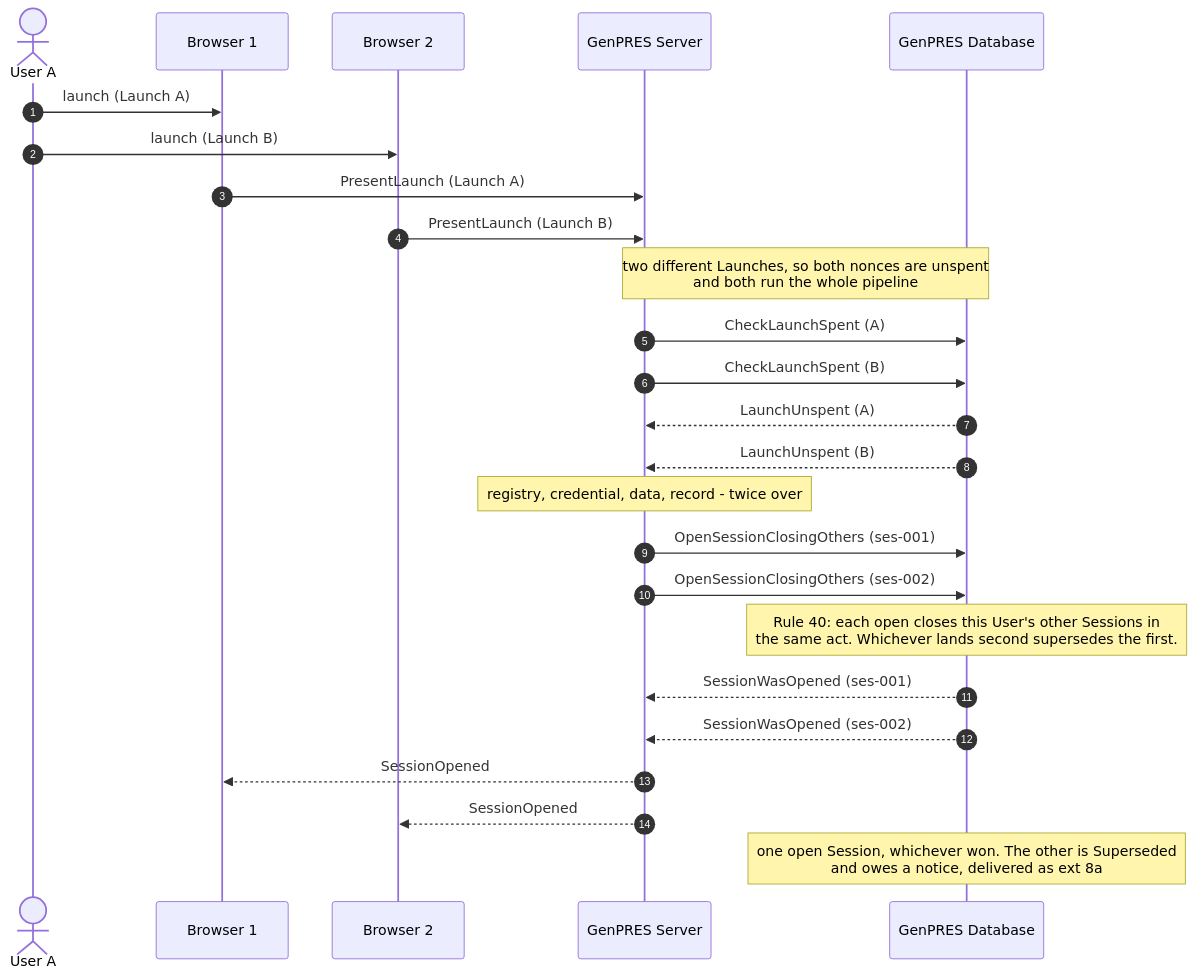
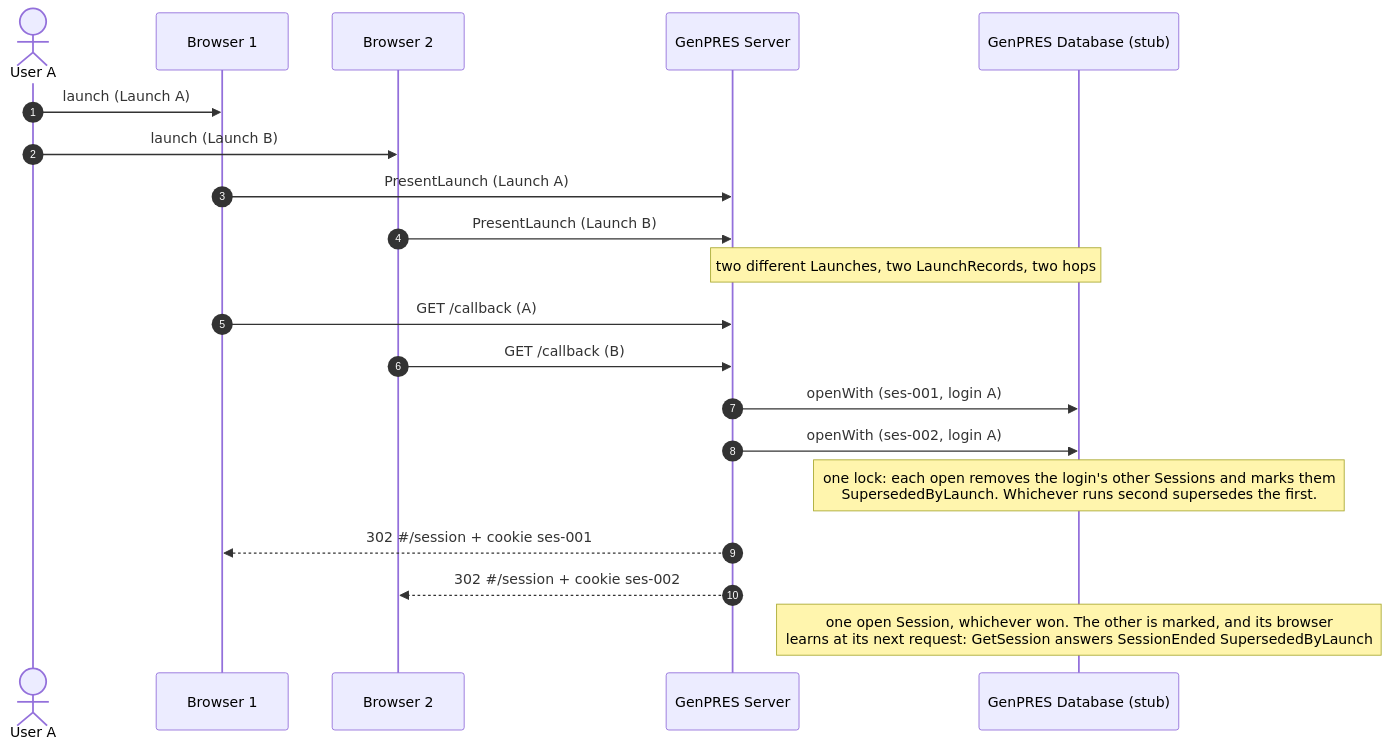
One commit to informedica/GenPRES changed the fourth of 4 diagrams in docs/scenarios/integration/uc-01-launch.md. Above: the diagram before and after it, drawn with Mermaid. The commit also changed other lines of this file and 13 other files, not shown here.

````diff
--- a/docs/scenarios/integration/uc-01-launch.md
+++ b/docs/scenarios/integration/uc-01-launch.md
@@ -223,35 +190,29 @@
 ```mermaid
 sequenceDiagram
     autonumber
     actor U as User A
     participant C1 as Browser 1
     participant C2 as Browser 2
     participant S as GenPRES Server
-    participant D as GenPRES Database
+    participant D as GenPRES Database (stub)
 
     U->>C1: launch (Launch A)
     U->>C2: launch (Launch B)
     C1->>S: PresentLaunch (Launch A)
     C2->>S: PresentLaunch (Launch B)
 
-    Note over S,D: two different Launches, so both nonces are unspent<br/>and both run the whole pipeline
+    Note over S,D: two different Launches, two LaunchRecords, two hops
 
-    S->>D: CheckLaunchSpent (A)
-    S->>D: CheckLaunchSpent (B)
-    D-->>S: LaunchUnspent (A)
-    D-->>S: LaunchUnspent (B)
+    C1->>S: GET /callback (A)
+    C2->>S: GET /callback (B)
 
-    Note over S: registry, credential, data, record - twice over
+    S->>D: openWith (ses-001, login A)
+    S->>D: openWith (ses-002, login A)
 
-    S->>D: OpenSessionClosingOthers (ses-001)
-    S->>D: OpenSessionClosingOthers (ses-002)
+    Note over D: one lock: each open removes the login's other Sessions and marks them<br/>SupersededByLaunch. Whichever runs second supersedes the first.
 
-    Note over D: Rule 40: each open closes this User's other Sessions in<br/>the same act. Whichever lands second supersedes the first.
+    S-->>C1: 302 #35;/session + cookie ses-001
+    S-->>C2: 302 #35;/session + cookie ses-002
 
-    D-->>S: SessionWasOpened (ses-001)
-    D-->>S: SessionWasOpened (ses-002)
-    S-->>C1: SessionOpened
-    S-->>C2: SessionOpened
-
-    Note over D: one open Session, whichever won. The other is Superseded<br/>and owes a notice, delivered as ext 8a
+    Note over D: one open Session, whichever won. The other is marked, and its browser<br/>learns at its next request: GetSession answers SessionEnded SupersededByLaunch
 ```
````
